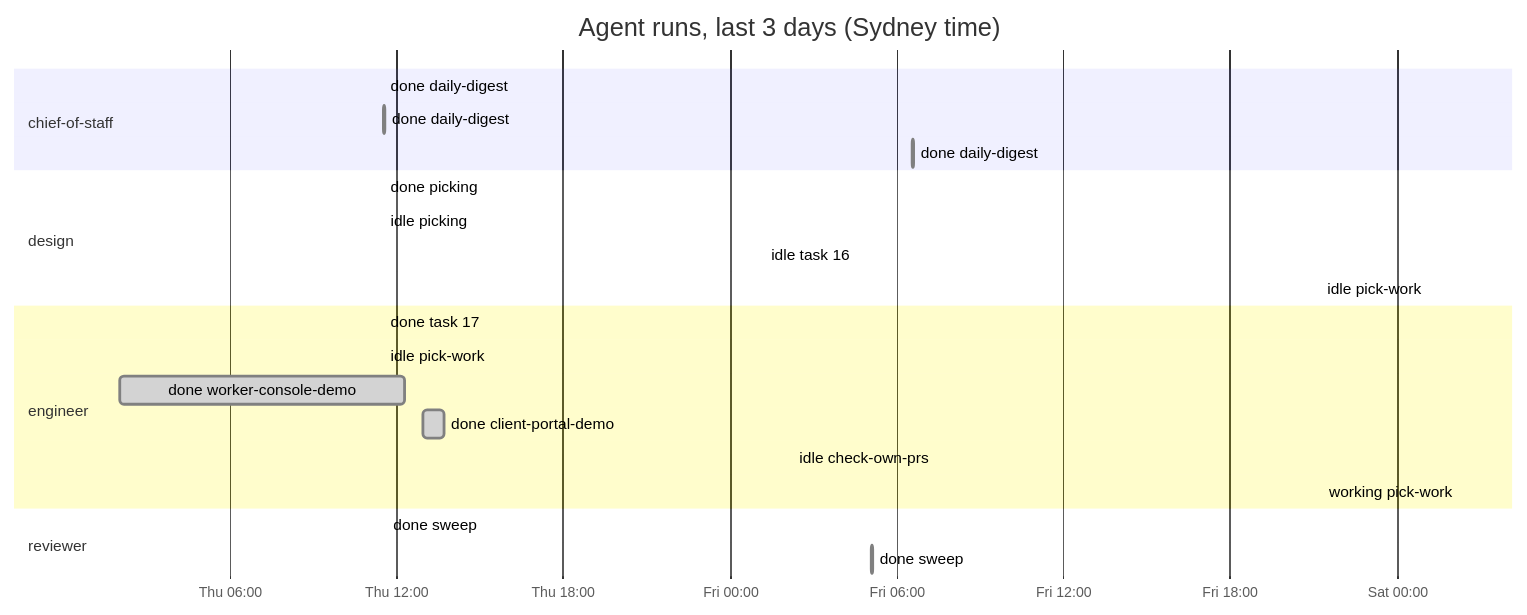
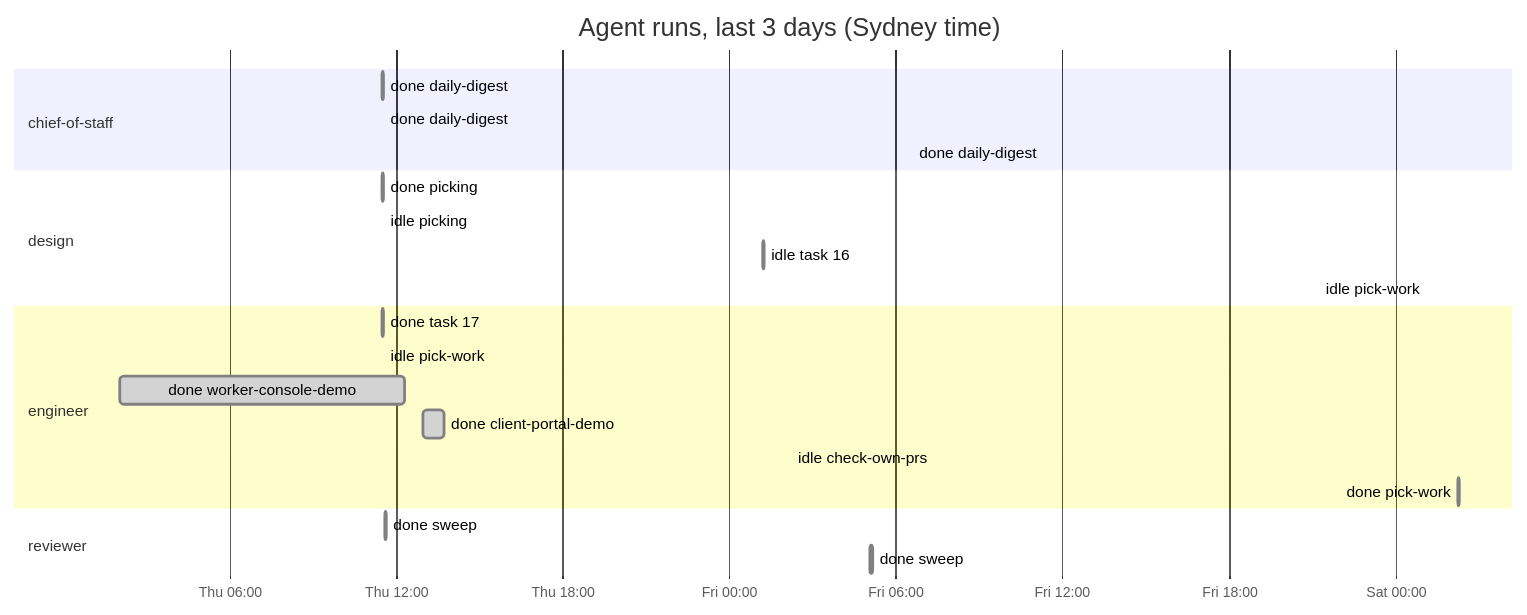
Before and after one commit to roulmediateam-byte/fifteen-expert-hq: the diagram in dashboard.md, drawn with Mermaid. The commit also changed other lines of this file and 1 other file, not shown here.

````diff
--- a/dashboard.md
+++ b/dashboard.md
@@ -35,25 +35,25 @@
 ```mermaid
 gantt
     title Agent runs, last 3 days (Sydney time)
     dateFormat YYYY-MM-DD HH:mm
     axisFormat %a %H:%M
     section chief-of-staff
     done daily-digest :done, 2026-11-05 11:31, 2026-11-05 11:32
     done daily-digest :done, 2026-11-05 11:33, 2026-11-05 11:34
     done daily-digest :done, 2026-11-06 06:35, 2026-11-06 06:37
     section design
     done picking :done, 2026-11-05 11:31, 2026-11-05 11:32
     idle picking :done, 2026-11-05 11:33, 2026-11-05 11:33
     idle task 16 :done, 2026-11-06 01:14, 2026-11-06 01:15
     idle pick-work :done, 2026-11-07 01:08, 2026-11-07 01:08
     section engineer
     done task 17 :done, 2026-11-05 11:31, 2026-11-05 11:32
     idle pick-work :done, 2026-11-05 11:32, 2026-11-05 11:32
     done worker-console-demo :done, 2026-11-05 02:03, 2026-11-05 12:19
     done client-portal-demo :done, 2026-11-05 12:59, 2026-11-05 13:44
     idle check-own-prs :done, 2026-11-06 02:14, 2026-11-06 02:14
-    working pick-work :active, 2026-11-07 02:15, 2026-11-07 02:15
+    done pick-work :done, 2026-11-07 02:15, 2026-11-07 02:18
     section reviewer
     done sweep :done, 2026-11-05 11:37, 2026-11-05 11:39
     done sweep :done, 2026-11-06 05:05, 2026-11-06 05:10
 ```
````
